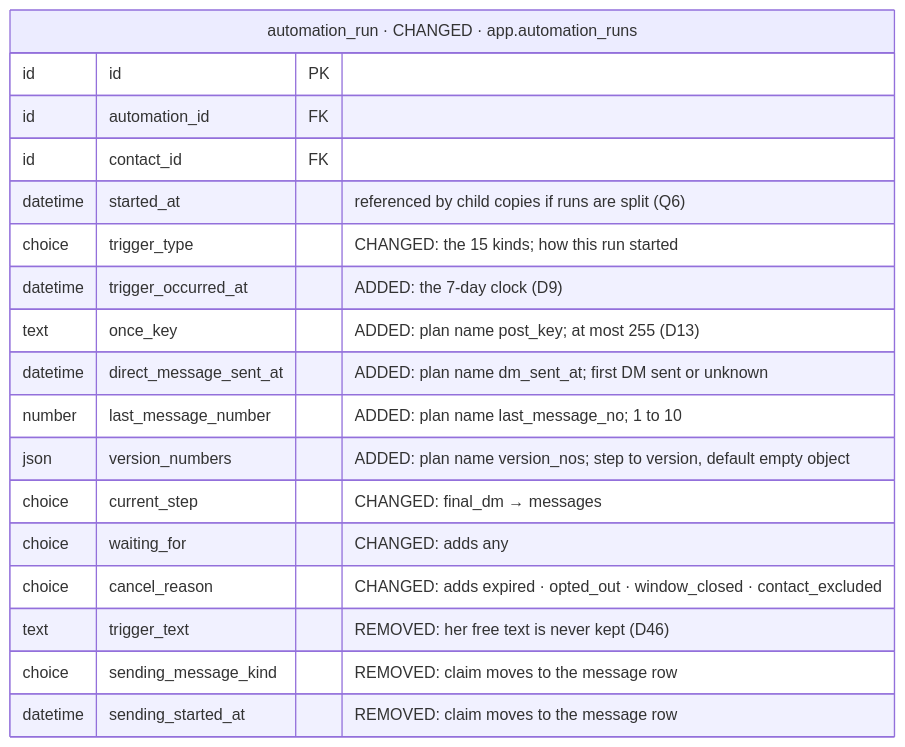
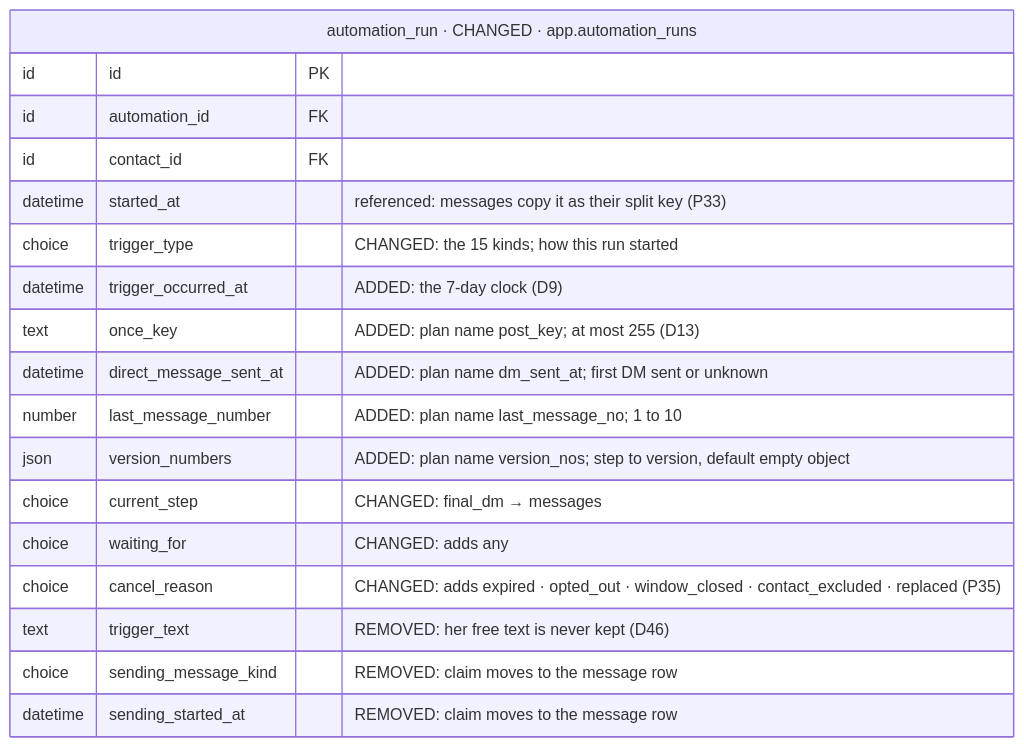
Before and after one commit to albetrios/meepzo-be: diagram 14 of 39 in iterations/feat-instagram-dm-sending-2026-11-23-oxak/plans/db-changes.md, drawn with Mermaid. The commit also changed other lines of this file and 3 other files, not shown here.

````diff
--- a/iterations/feat-instagram-dm-sending-2026-11-23-oxak/plans/db-changes.md
+++ b/iterations/feat-instagram-dm-sending-2026-11-23-oxak/plans/db-changes.md
@@ -697,21 +710,21 @@
 ```mermaid
 erDiagram
   automation_run["automation_run · CHANGED · app.automation_runs"] {
     id id PK
     id automation_id FK
     id contact_id FK
-    datetime started_at "referenced by child copies if runs are split (Q6)"
+    datetime started_at "referenced: messages copy it as their split key (P33)"
     choice trigger_type "CHANGED: the 15 kinds; how this run started"
     datetime trigger_occurred_at "ADDED: the 7-day clock (D9)"
     text once_key "ADDED: plan name post_key; at most 255 (D13)"
     datetime direct_message_sent_at "ADDED: plan name dm_sent_at; first DM sent or unknown"
     number last_message_number "ADDED: plan name last_message_no; 1 to 10"
     json version_numbers "ADDED: plan name version_nos; step to version, default empty object"
     choice current_step "CHANGED: final_dm → messages"
     choice waiting_for "CHANGED: adds any"
-    choice cancel_reason "CHANGED: adds expired · opted_out · window_closed · contact_excluded"
+    choice cancel_reason "CHANGED: adds expired · opted_out · window_closed · contact_excluded · replaced (P35)"
     text trigger_text "REMOVED: her free text is never kept (D46)"
     choice sending_message_kind "REMOVED: claim moves to the message row"
     datetime sending_started_at "REMOVED: claim moves to the message row"
   }
 ```
````
